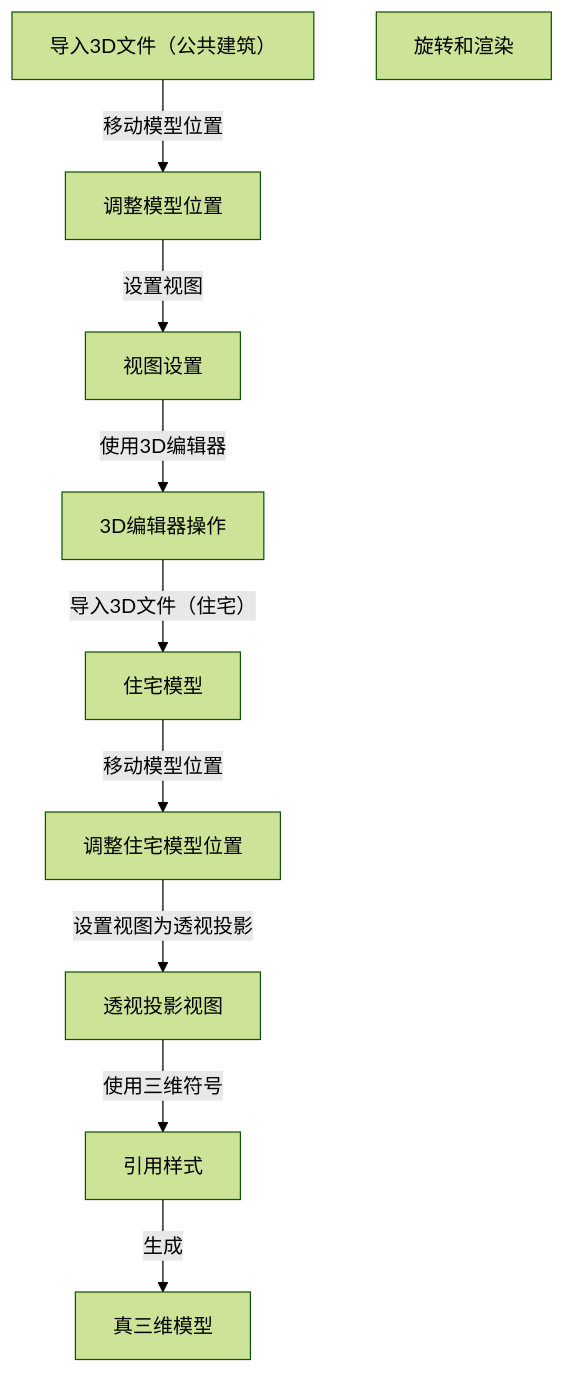
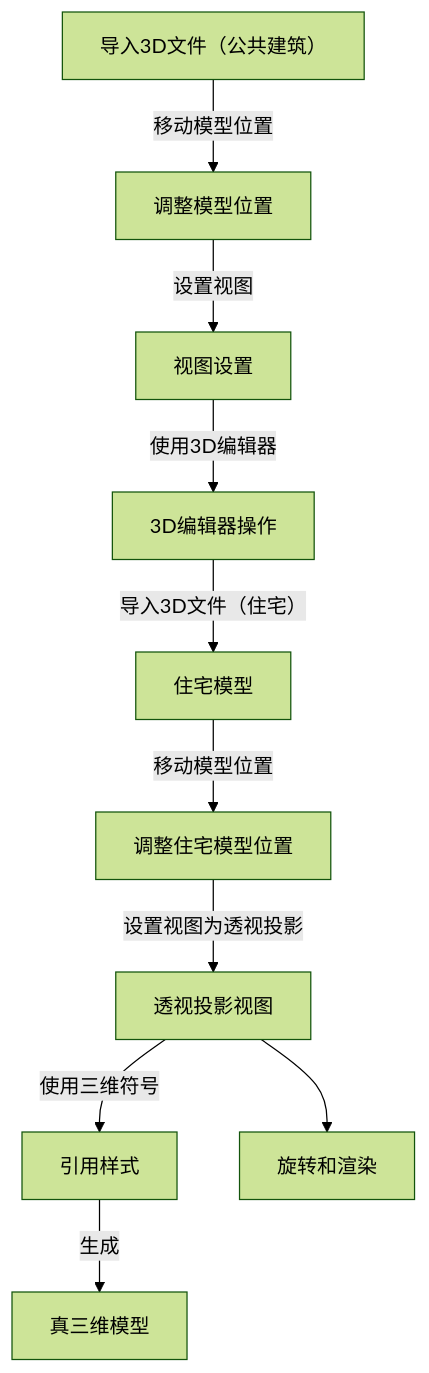
Before and after one commit to newguser/iodraw-files: the diagram in all/未命名.md, drawn with Mermaid (forest theme).

Commit message:
2025-02-27 21:59:09 update

````diff
--- a/all/未命名.md
+++ b/all/未命名.md
@@ -1,12 +1,12 @@
 ```mermaid
 graph TD
     A[导入3D文件（公共建筑）] -->|移动模型位置| B[调整模型位置]
     B -->|设置视图| C[视图设置]
     C -->|使用3D编辑器| D[3D编辑器操作]
     D -->|导入3D文件（住宅）| E[住宅模型]
     E -->|移动模型位置| F[调整住宅模型位置]
     F -->|设置视图为透视投影| G[透视投影视图]
     G -->|使用三维符号| H[引用样式]
-    旋转和渲染
+    G -->旋转和渲染
     H -->|生成| I[真三维模型]
 ```
````
